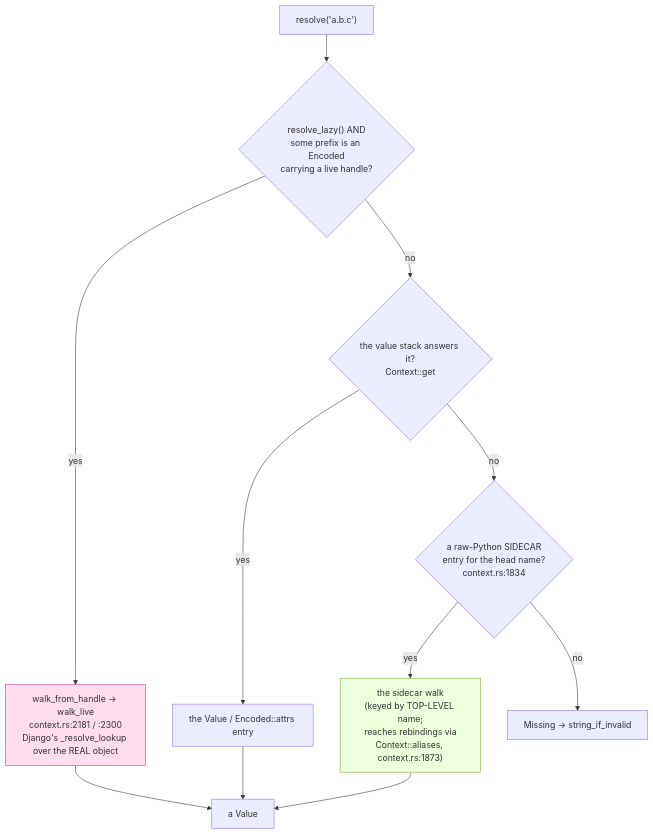
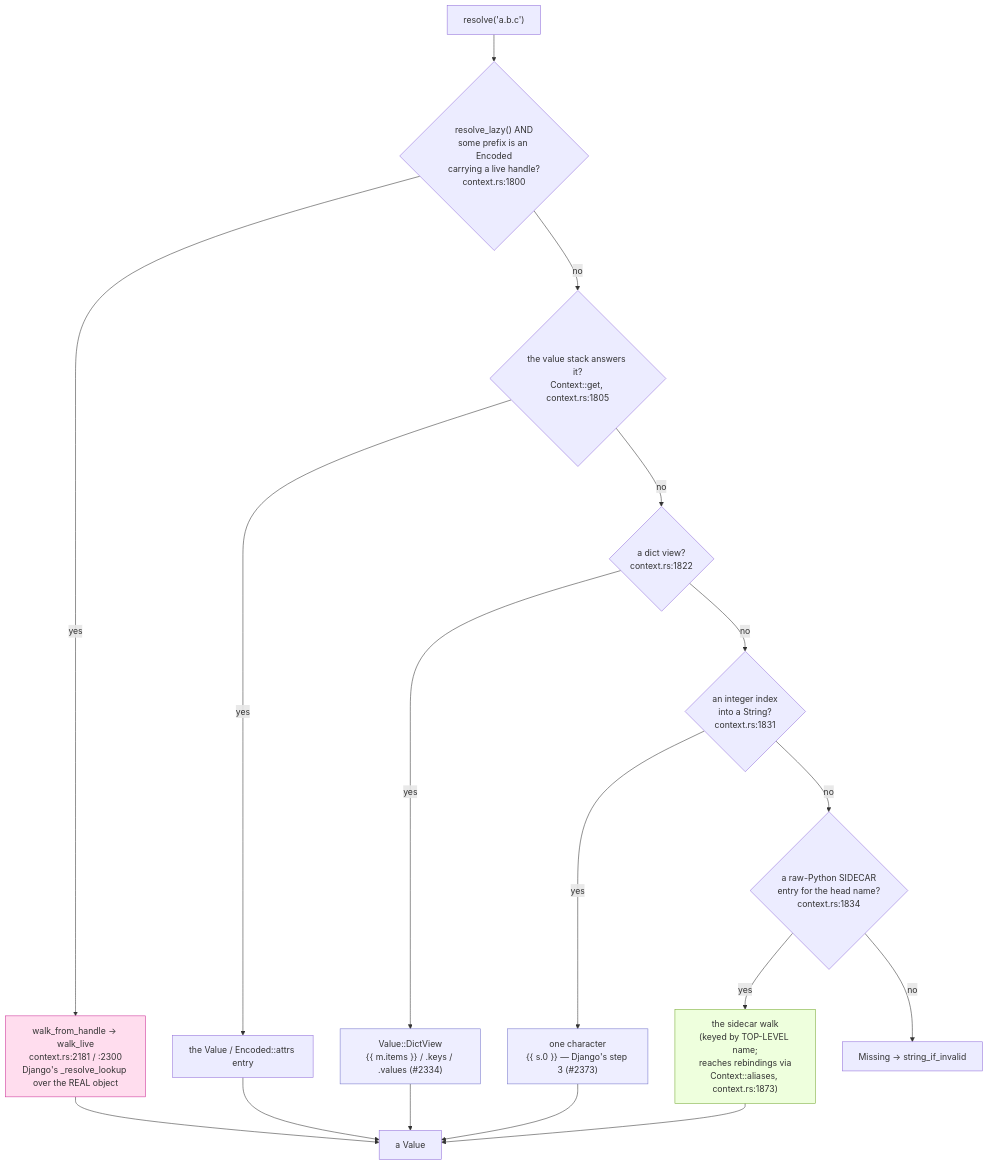
One commit to djust-org/djust changed the third of 4 diagrams in docs/architecture/VALUE_BOUNDARY.md. Above: the diagram before and after it, drawn with Mermaid. The commit also changed other lines of this file and 1 other file, not shown here.

````diff
--- a/docs/architecture/VALUE_BOUNDARY.md
+++ b/docs/architecture/VALUE_BOUNDARY.md
@@ -95,17 +107,25 @@
 ```mermaid
 flowchart TD
-    Q["resolve('a.b.c')"] --> M1{"resolve_lazy() AND<br/>some prefix is an Encoded<br/>carrying a live handle?"}
+    Q["resolve('a.b.c')"] --> M1{"resolve_lazy() AND<br/>some prefix is an Encoded<br/>carrying a live handle?<br/>context.rs:1800"}
     M1 -->|yes| W["walk_from_handle -> walk_live<br/>context.rs:2181 / :2300<br/>Django's _resolve_lookup over the REAL object"]
-    M1 -->|no| M2{"the value stack answers it?<br/>Context::get"}
+    M1 -->|no| M2{"the value stack answers it?<br/>Context::get, context.rs:1805"}
     M2 -->|yes| V["the Value / Encoded::attrs entry"]
-    M2 -->|no| M3{"a raw-Python SIDECAR<br/>entry for the head name?<br/>context.rs:1834"}
+    M2 -->|no| M2A{"a dict view?<br/>context.rs:1822"}
+    M2A -->|yes| DV["Value::DictView<br/>{{ m.items }} / .keys / .values (#2334)"]
+    M2A -->|no| M2B{"an integer index<br/>into a String?<br/>context.rs:1831"}
+    M2B -->|yes| SI["one character<br/>{{ s.0 }} — Django's step 3 (#2373)"]
+    M2B -->|no| M3{"a raw-Python SIDECAR<br/>entry for the head name?<br/>context.rs:1834"}
     M3 -->|yes| SW["the sidecar walk<br/>(keyed by TOP-LEVEL name;<br/>reaches rebindings via<br/>Context::aliases, context.rs:1873)"]
     M3 -->|no| MISS["Missing -> string_if_invalid"]
 
     W --> OUT["a Value"]
     V --> OUT
+    DV --> OUT
+    SI --> OUT
     SW --> OUT
 
     style W fill:#fde,stroke:#c39
     style SW fill:#efd,stroke:#7a3
+    style DV fill:#eef,stroke:#77c
+    style SI fill:#eef,stroke:#77c
 ```
````
